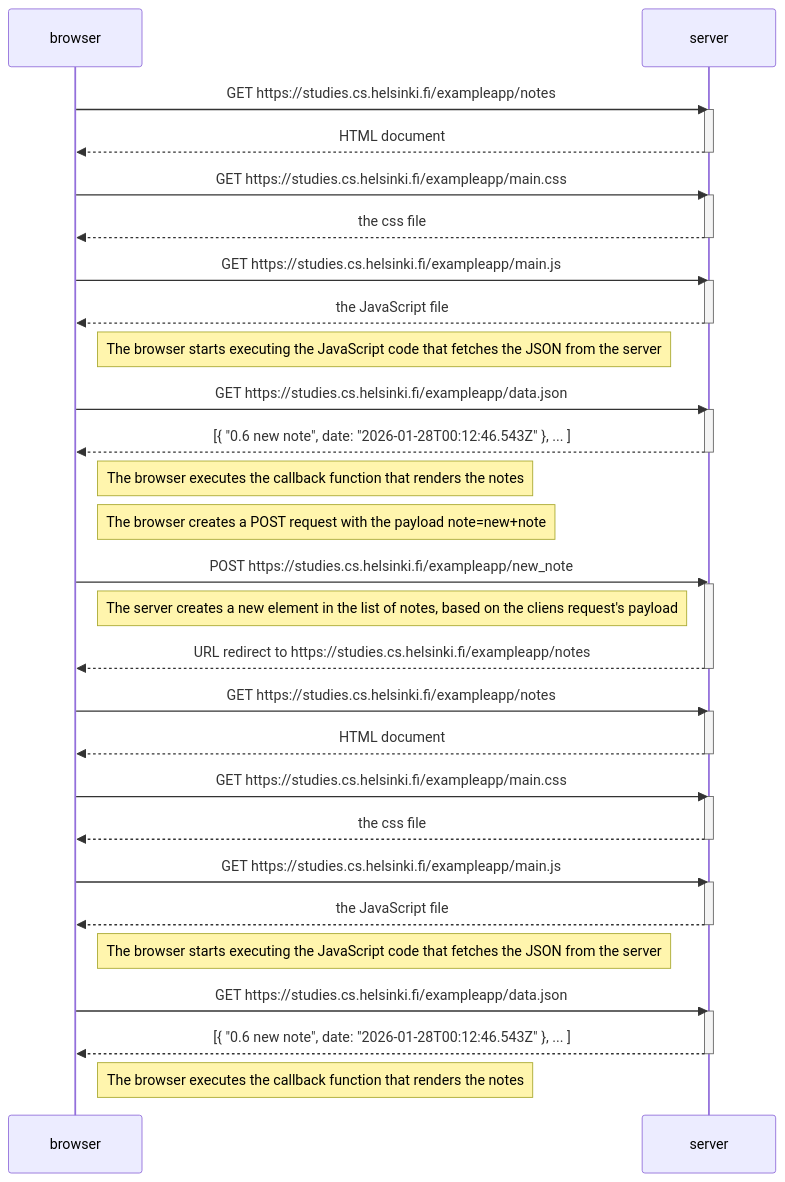
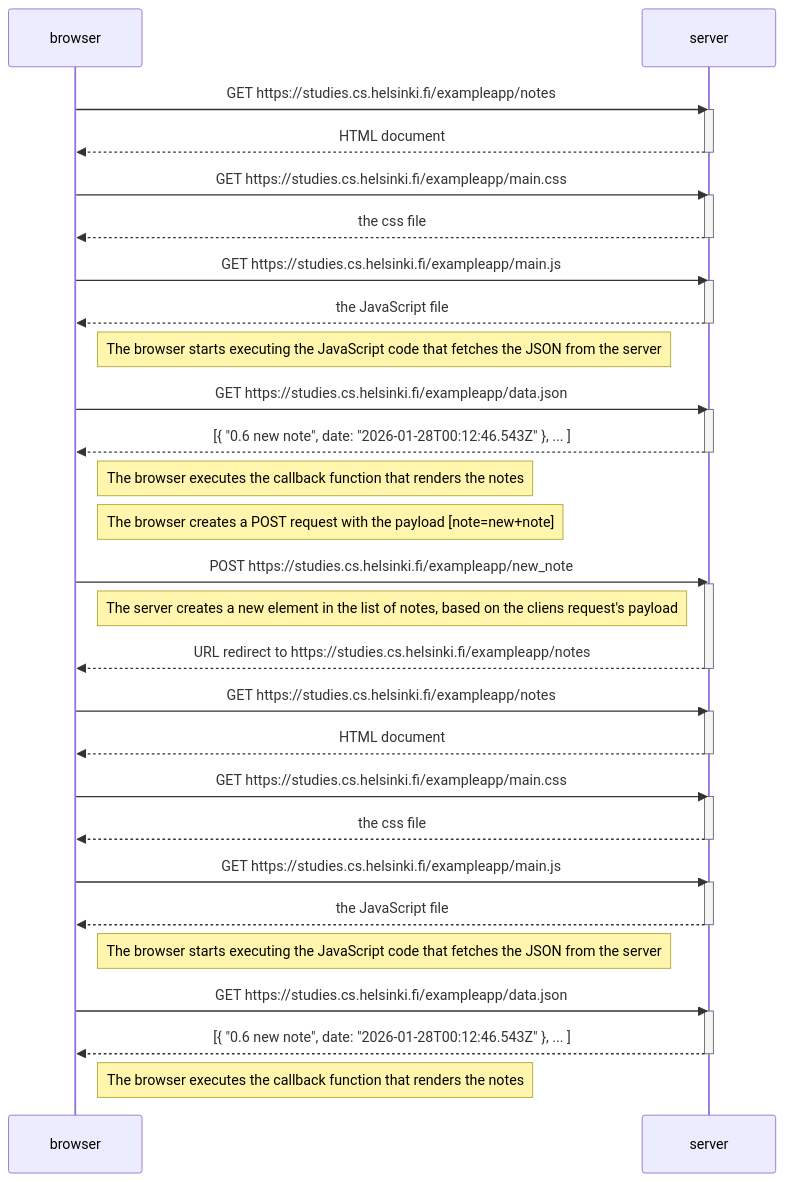
Before and after one commit to jakobsitory/full-stack-open: the diagram in part0/ex04-new-note-diagram.md, drawn with Mermaid.

Commit message:
minor fix in diagram

````diff
--- a/part0/ex04-new-note-diagram.md
+++ b/part0/ex04-new-note-diagram.md
@@ -2,62 +2,62 @@
 ```mermaid
 sequenceDiagram
     participant browser
     participant server
 
     browser->>server: GET https://studies.cs.helsinki.fi/exampleapp/notes
     activate server
     server-->>browser: HTML document
     deactivate server
 
     browser->>server: GET https://studies.cs.helsinki.fi/exampleapp/main.css
     activate server
     server-->>browser: the css file
     deactivate server
 
     browser->>server: GET https://studies.cs.helsinki.fi/exampleapp/main.js
     activate server
     server-->>browser: the JavaScript file
     deactivate server
 
     Note right of browser: The browser starts executing the JavaScript code that fetches the JSON from the server
 
     browser->>server: GET https://studies.cs.helsinki.fi/exampleapp/data.json
     activate server
     server-->>browser: [{ "0.6 new note", date: "2026-01-28T00:12:46.543Z" }, ... ]
     deactivate server
 
     Note right of browser: The browser executes the callback function that renders the notes
 
-    Note right of browser: The browser creates a POST request with the payload note=new+note
+    Note right of browser: The browser creates a POST request with the payload [note=new+note]
 
 	browser->>server: POST https://studies.cs.helsinki.fi/exampleapp/new_note
 	activate server
     Note left of server: The server creates a new element in the list of notes, based on the cliens request's payload
 	server-->>browser: URL redirect to https://studies.cs.helsinki.fi/exampleapp/notes
 	deactivate server
 	
 
     browser->>server: GET https://studies.cs.helsinki.fi/exampleapp/notes
     activate server
     server-->>browser: HTML document
     deactivate server
 
     browser->>server: GET https://studies.cs.helsinki.fi/exampleapp/main.css
     activate server
     server-->>browser: the css file
     deactivate server
 
     browser->>server: GET https://studies.cs.helsinki.fi/exampleapp/main.js
     activate server
     server-->>browser: the JavaScript file
     deactivate server
 
     Note right of browser: The browser starts executing the JavaScript code that fetches the JSON from the server
 
     browser->>server: GET https://studies.cs.helsinki.fi/exampleapp/data.json
     activate server
     server-->>browser: [{ "0.6 new note", date: "2026-01-28T00:12:46.543Z" }, ... ]
     deactivate server
 
     Note right of browser: The browser executes the callback function that renders the notes
 ```
````
